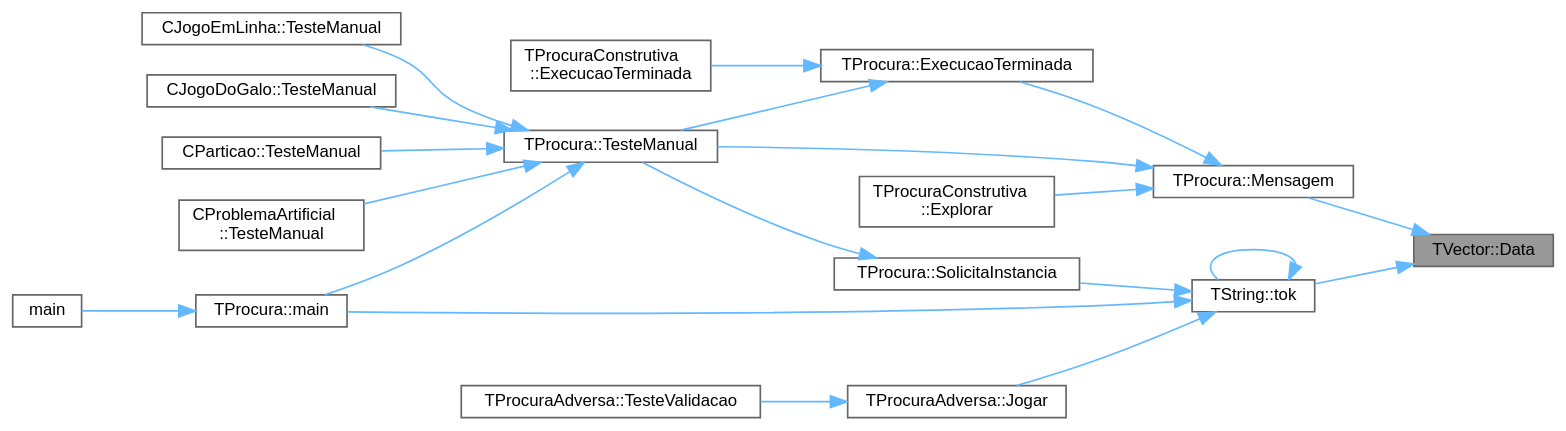
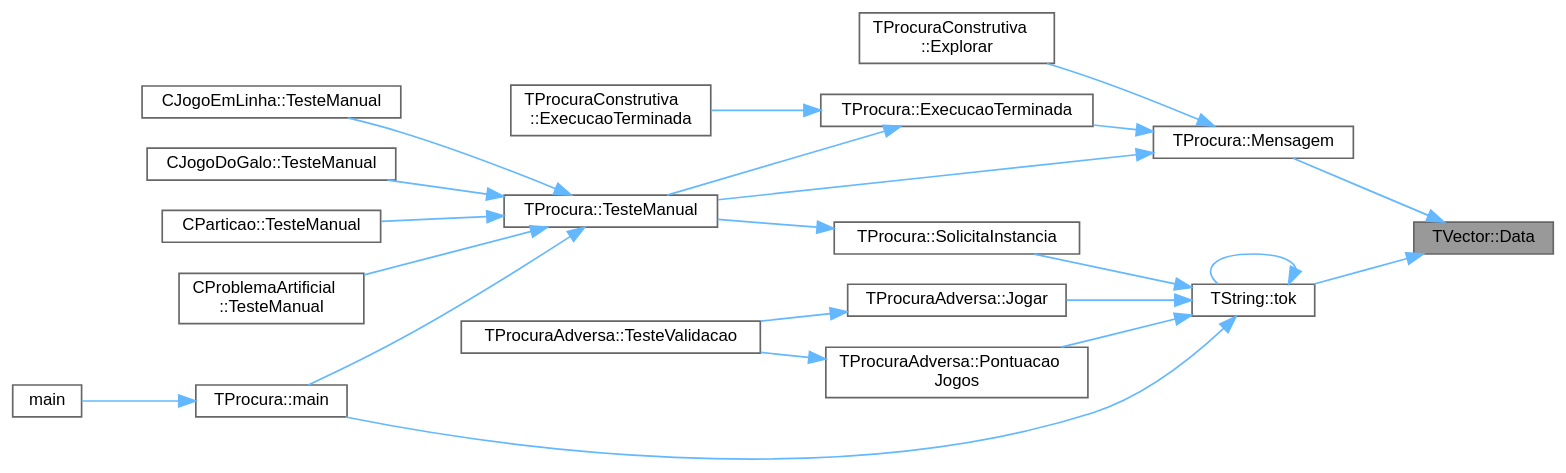
One commit to jcoelho72/TProcura changed the diagram in classTVector_addd572d70b587092fddc21a8b0f53120_icgraph.dot. Above: the diagram before and after it, drawn with Graphviz. The commit also changed 80 other files, not shown here.

```diff
--- a/classTVector_addd572d70b587092fddc21a8b0f53120_icgraph.dot
+++ b/classTVector_addd572d70b587092fddc21a8b0f53120_icgraph.dot
@@ -1,43 +1,46 @@
 digraph "TVector::Data"
 {
  // LATEX_PDF_SIZE
   bgcolor="transparent";
   edge [fontname=Helvetica,fontsize=10,labelfontname=Helvetica,labelfontsize=10];
   node [fontname=Helvetica,fontsize=10,shape=box,height=0.2,width=0.4];
   rankdir="RL";
   Node1 [id="Node000001",label="TVector::Data",height=0.2,width=0.4,color="gray40", fillcolor="grey60", style="filled", fontcolor="black",tooltip="Acesso direto."];
   Node1 -> Node2 [id="edge1_Node000001_Node000002",dir="back",color="steelblue1",style="solid",tooltip=" "];
   Node2 [id="Node000002",label="TProcura::Mensagem",height=0.2,width=0.4,color="grey40", fillcolor="white", style="filled",URL="$classTProcura.html#a9a00ec91eff35fd4e73de608ceb195f6",tooltip=" "];
   Node2 -> Node3 [id="edge2_Node000002_Node000003",dir="back",color="steelblue1",style="solid",tooltip=" "];
   Node3 [id="Node000003",label="TProcura::ExecucaoTerminada",height=0.2,width=0.4,color="grey40", fillcolor="white", style="filled",URL="$classTProcura.html#a86985c8dc9a0e0bd375a4148f6ea6de7",tooltip="Chamar após a execução do algoritmo. Grava o tempo consumido."];
   Node3 -> Node4 [id="edge3_Node000003_Node000004",dir="back",color="steelblue1",style="solid",tooltip=" "];
   Node4 [id="Node000004",label="TProcuraConstrutiva\l::ExecucaoTerminada",height=0.2,width=0.4,color="grey40", fillcolor="white", style="filled",URL="$classTProcuraConstrutiva.html#a42e8230fd5131f4bff8645680ff785f5",tooltip="Chamar após a execução do algoritmo. Grava o tempo consumido."];
   Node3 -> Node5 [id="edge4_Node000003_Node000005",dir="back",color="steelblue1",style="solid",tooltip=" "];
   Node5 [id="Node000005",label="TProcura::TesteManual",height=0.2,width=0.4,color="grey40", fillcolor="white", style="filled",URL="$classTProcura.html#a8331059908495f9a915ada39424ca27c",tooltip="Inicializa a interação com o utilizador."];
   Node5 -> Node6 [id="edge5_Node000005_Node000006",dir="back",color="steelblue1",style="solid",tooltip=" "];
   Node6 [id="Node000006",label="TProcura::main",height=0.2,width=0.4,color="grey40", fillcolor="white", style="filled",URL="$classTProcura.html#a8efd6f9c08b28effd32ab3ed07b4f70e",tooltip="Inicializa a interação com o utilizador."];
   Node6 -> Node7 [id="edge6_Node000006_Node000007",dir="back",color="steelblue1",style="solid",tooltip=" "];
   Node7 [id="Node000007",label="main",height=0.2,width=0.4,color="grey40", fillcolor="white", style="filled",URL="$Adversa_2Teste_2teste_8cpp.html#a0ddf1224851353fc92bfbff6f499fa97",tooltip=" "];
   Node5 -> Node8 [id="edge7_Node000005_Node000008",dir="back",color="steelblue1",style="solid",tooltip=" "];
   Node8 [id="Node000008",label="CJogoDoGalo::TesteManual",height=0.2,width=0.4,color="grey40", fillcolor="white", style="filled",URL="$classCJogoDoGalo.html#a113984a3801a93ebce61e0a700a413ab",tooltip=" "];
   Node5 -> Node9 [id="edge8_Node000005_Node000009",dir="back",color="steelblue1",style="solid",tooltip=" "];
   Node9 [id="Node000009",label="CParticao::TesteManual",height=0.2,width=0.4,color="grey40", fillcolor="white", style="filled",URL="$classCParticao.html#aa4d328b9944991f3fc52ce0726111865",tooltip=" "];
   Node5 -> Node10 [id="edge9_Node000005_Node000010",dir="back",color="steelblue1",style="solid",tooltip=" "];
   Node10 [id="Node000010",label="CProblemaArtificial\l::TesteManual",height=0.2,width=0.4,color="grey40", fillcolor="white", style="filled",URL="$classCProblemaArtificial.html#abaad629eb538177261df40e1e27e92ed",tooltip=" "];
   Node5 -> Node11 [id="edge10_Node000005_Node000011",dir="back",color="steelblue1",style="solid",tooltip=" "];
   Node11 [id="Node000011",label="CJogoEmLinha::TesteManual",height=0.2,width=0.4,color="grey40", fillcolor="white", style="filled",URL="$classCJogoEmLinha.html#a605b4293eeaed3fd542afe36edcc8d51",tooltip="Inicializa a interação com o utilizador."];
   Node2 -> Node12 [id="edge11_Node000002_Node000012",dir="back",color="steelblue1",style="solid",tooltip=" "];
   Node12 [id="Node000012",label="TProcuraConstrutiva\l::Explorar",height=0.2,width=0.4,color="grey40", fillcolor="white", style="filled",URL="$classTProcuraConstrutiva.html#a9d8202d80510018d01a9807f3852b59f",tooltip="definir para explorar manualmente os dados (não definido em TProcura, apenas em TProcuraConstrutiva)"];
   Node2 -> Node5 [id="edge12_Node000002_Node000005",dir="back",color="steelblue1",style="solid",tooltip=" "];
   Node1 -> Node13 [id="edge13_Node000001_Node000013",dir="back",color="steelblue1",style="solid",tooltip=" "];
   Node13 [id="Node000013",label="TString::tok",height=0.2,width=0.4,color="grey40", fillcolor="white", style="filled",URL="$classTString.html#a1c97cb769a9101f4bf899f527adceea6",tooltip=" "];
   Node13 -> Node14 [id="edge14_Node000013_Node000014",dir="back",color="steelblue1",style="solid",tooltip=" "];
   Node14 [id="Node000014",label="TProcuraAdversa::Jogar",height=0.2,width=0.4,color="grey40", fillcolor="white", style="filled",URL="$classTProcuraAdversa.html#acddde96eeb7950c83032b5c4d16560e8",tooltip=" "];
   Node14 -> Node15 [id="edge15_Node000014_Node000015",dir="back",color="steelblue1",style="solid",tooltip=" "];
   Node15 [id="Node000015",label="TProcuraAdversa::TesteValidacao",height=0.2,width=0.4,color="grey40", fillcolor="white", style="filled",URL="$classTProcuraAdversa.html#a3ed3f97aa1c4881d7e4275b86317fd58",tooltip="Executa testes de validação, executando cada solução na instância respetiva, e verificando a sua vali..."];
   Node13 -> Node6 [id="edge16_Node000013_Node000006",dir="back",color="steelblue1",style="solid",tooltip=" "];
   Node13 -> Node16 [id="edge17_Node000013_Node000016",dir="back",color="steelblue1",style="solid",tooltip=" "];
-  Node16 [id="Node000016",label="TProcura::SolicitaInstancia",height=0.2,width=0.4,color="grey40", fillcolor="white", style="filled",URL="$classTProcura.html#ae9f0b921a171a110e6a6fcc209332635",tooltip="Solicita ao utilizador o ID da instância a utilizar, permitindo alterar também o prefixo do ficheiro."];
-  Node16 -> Node5 [id="edge18_Node000016_Node000005",dir="back",color="steelblue1",style="solid",tooltip=" "];
-  Node13 -> Node13 [id="edge19_Node000013_Node000013",dir="back",color="steelblue1",style="solid",tooltip=" "];
+  Node16 [id="Node000016",label="TProcuraAdversa::Pontuacao\lJogos",height=0.2,width=0.4,color="grey40", fillcolor="white", style="filled",URL="$classTProcuraAdversa.html#a13a9c894823df5ffd2f43a7961d2190c",tooltip=" "];
+  Node16 -> Node15 [id="edge18_Node000016_Node000015",dir="back",color="steelblue1",style="solid",tooltip=" "];
+  Node13 -> Node17 [id="edge19_Node000013_Node000017",dir="back",color="steelblue1",style="solid",tooltip=" "];
+  Node17 [id="Node000017",label="TProcura::SolicitaInstancia",height=0.2,width=0.4,color="grey40", fillcolor="white", style="filled",URL="$classTProcura.html#ae9f0b921a171a110e6a6fcc209332635",tooltip="Solicita ao utilizador o ID da instância a utilizar, permitindo alterar também o prefixo do ficheiro."];
+  Node17 -> Node5 [id="edge20_Node000017_Node000005",dir="back",color="steelblue1",style="solid",tooltip=" "];
+  Node13 -> Node13 [id="edge21_Node000013_Node000013",dir="back",color="steelblue1",style="solid",tooltip=" "];
 }
```
